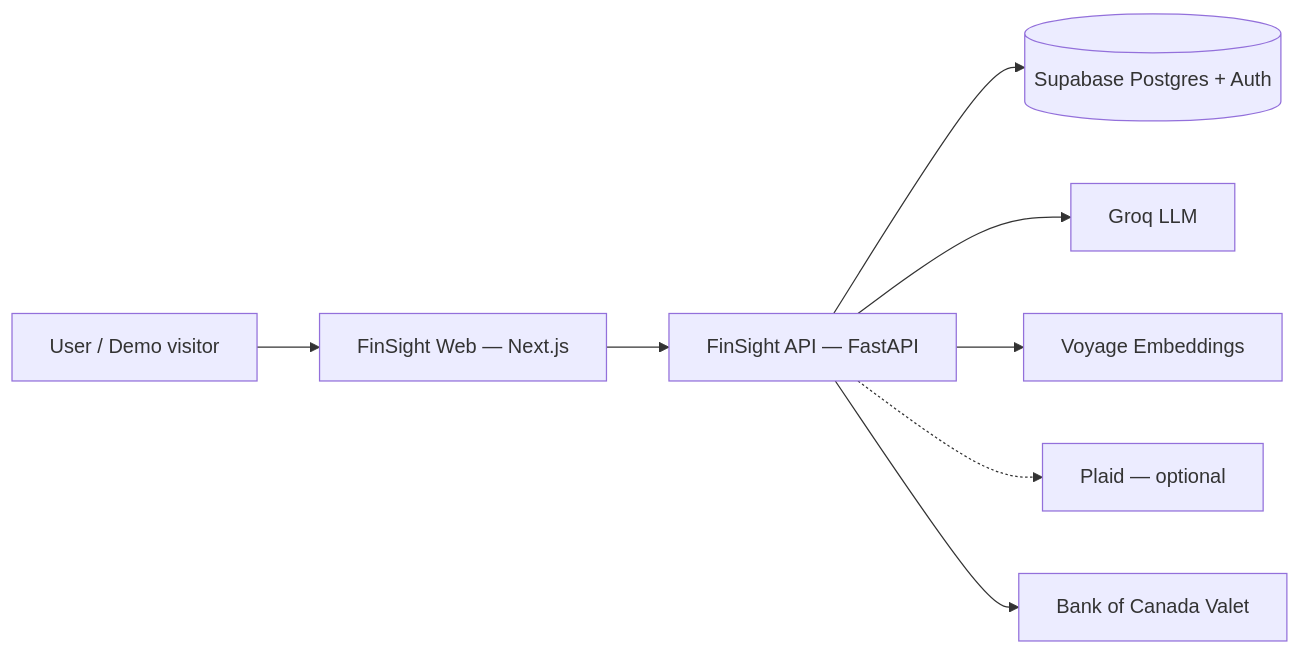
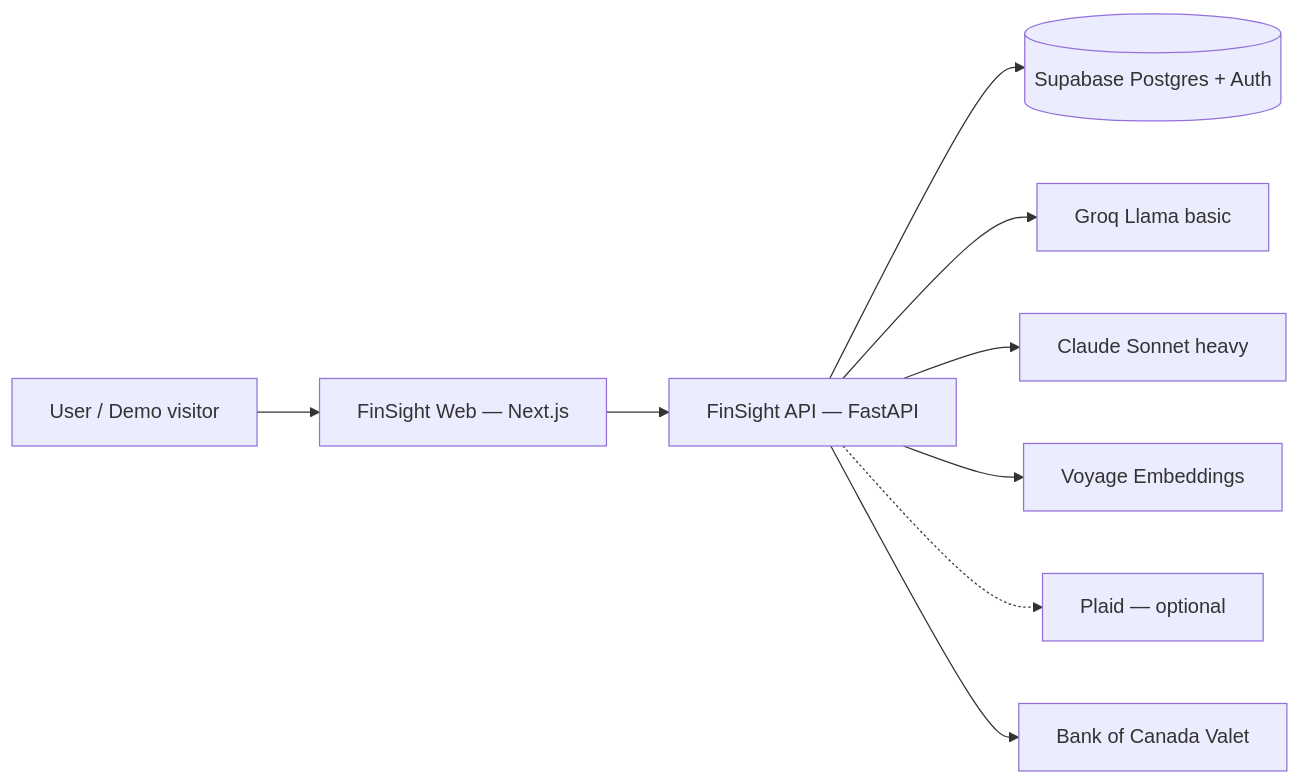
The diagram in docs/architecture.md (Arsalan-05/FinSight_AI), drawn with Mermaid before and after one commit. The commit also changed other lines of this file and 25 other files, not shown here.

First line of the commit message:
feat(agent): full Claude heavy tier across code and docs

````diff
--- a/docs/architecture.md
+++ b/docs/architecture.md
@@ -9,18 +9,20 @@
 ```mermaid
 flowchart LR
     User[User / Demo visitor]
     Web[FinSight Web — Next.js]
     API[FinSight API — FastAPI]
     SB[(Supabase Postgres + Auth)]
-    Groq[Groq LLM]
+    Groq[Groq Llama basic]
+    Claude[Claude Sonnet heavy]
     Voyage[Voyage Embeddings]
     Plaid[Plaid — optional]
     BoC[Bank of Canada Valet]
 
     User --> Web --> API
     API --> SB
     API --> Groq
+    API --> Claude
     API --> Voyage
     API -.-> Plaid
     API --> BoC
 ```
````
